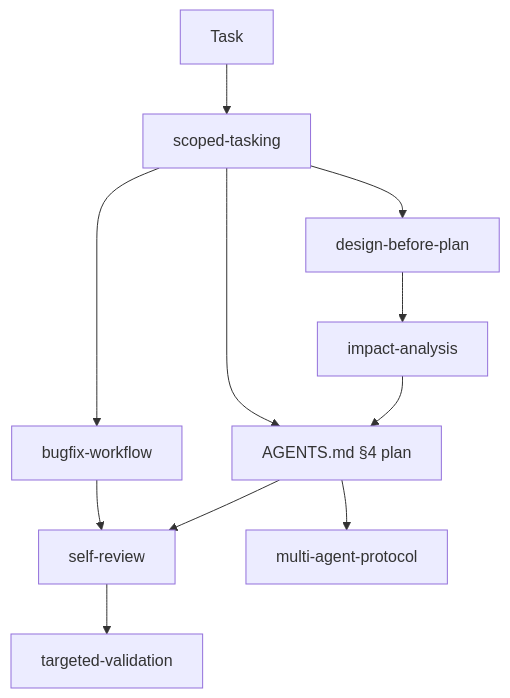
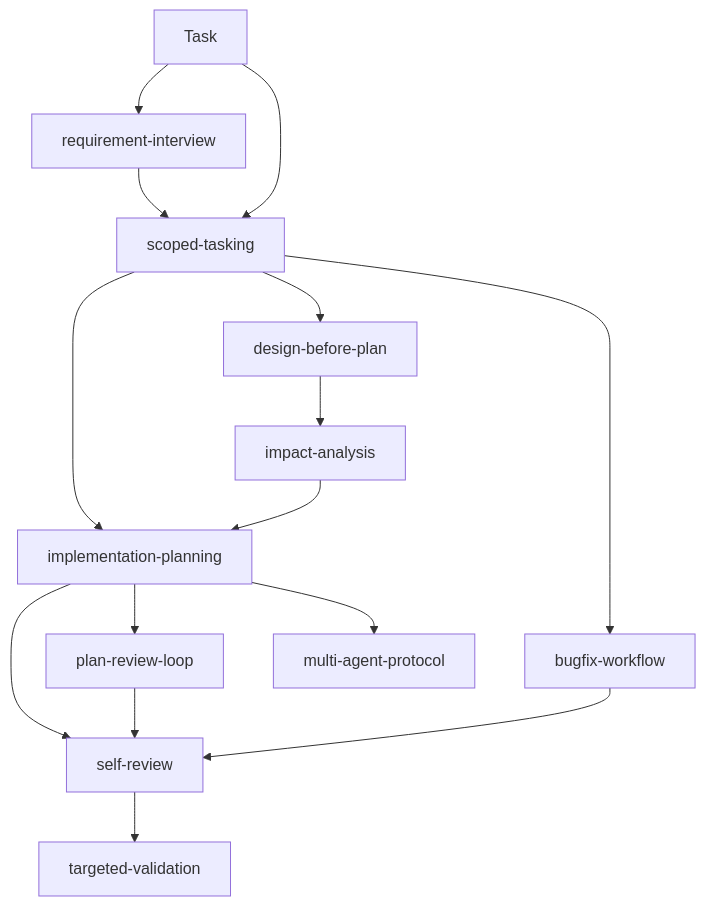
The diagram in README.md (nickdu2009/agent-skills), drawn with Mermaid before and after one commit. The commit also changed other lines of this file and 42 other files, not shown here.

First line of the commit message:
governance: add requirement, architecture, and planning skills

````diff
--- a/README.md
+++ b/README.md
@@ -7,13 +7,17 @@
 ```mermaid
 flowchart TD
+    T[Task] --> RI[requirement-interview]
+    RI --> S[scoped-tasking]
     T[Task] --> S[scoped-tasking]
     S --> B[bugfix-workflow]
-    S --> P["AGENTS.md §4 plan"]
+    S --> IP[implementation-planning]
     S --> D[design-before-plan]
     D --> IA[impact-analysis]
-    IA --> P
-    P --> SR[self-review]
+    IA --> IP
+    IP --> PR[plan-review-loop]
+    IP --> SR[self-review]
+    PR --> SR
     B --> SR
     SR --> V[targeted-validation]
-    P --> O[multi-agent-protocol]
+    IP --> O[multi-agent-protocol]
 ```
````
